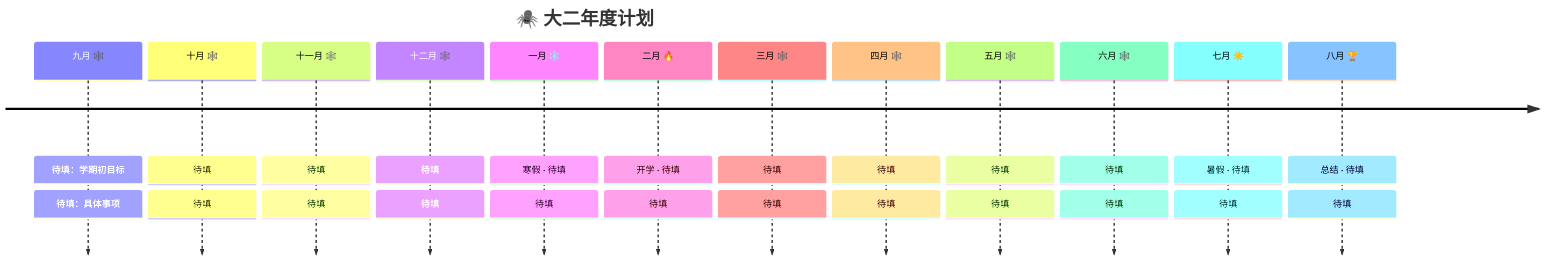
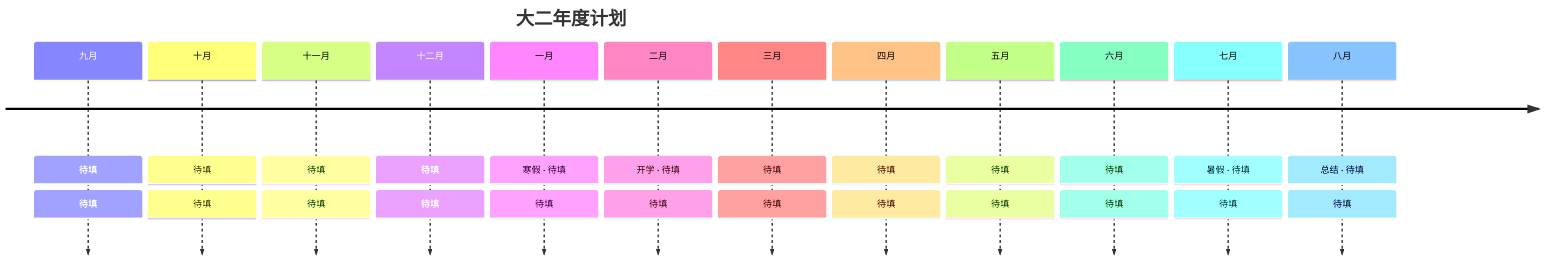
One commit to Waitttforme/Waitttforme changed the diagram in README.md. Above: the diagram before and after it, drawn with Mermaid. The commit also changed other lines of this file, not shown here.

````diff
--- a/README.md
+++ b/README.md
@@ -88,28 +67,28 @@
 ```mermaid
 timeline
-    title 🕷️ 大二年度计划
-    九月 🕸️ : 待填：学期初目标
-             : 待填：具体事项
-    十月 🕸️ : 待填
-             : 待填
-    十一月 🕸️ : 待填
-               : 待填
-    十二月 🕸️ : 待填
-               : 待填
-    一月 ❄️ : 寒假 · 待填
-            : 待填
-    二月 🔥 : 开学 · 待填
-            : 待填
-    三月 🕸️ : 待填
-            : 待填
-    四月 🕸️ : 待填
-            : 待填
-    五月 🕸️ : 待填
-            : 待填
-    六月 🕸️ : 待填
-            : 待填
-    七月 ☀️ : 暑假 · 待填
-            : 待填
-    八月 🏆 : 总结 · 待填
-            : 待填
+    title 大二年度计划
+    九月 : 待填
+         : 待填
+    十月 : 待填
+         : 待填
+    十一月 : 待填
+           : 待填
+    十二月 : 待填
+           : 待填
+    一月 : 寒假 · 待填
+        : 待填
+    二月 : 开学 · 待填
+        : 待填
+    三月 : 待填
+        : 待填
+    四月 : 待填
+        : 待填
+    五月 : 待填
+        : 待填
+    六月 : 待填
+        : 待填
+    七月 : 暑假 · 待填
+        : 待填
+    八月 : 总结 · 待填
+        : 待填
 ```
````
